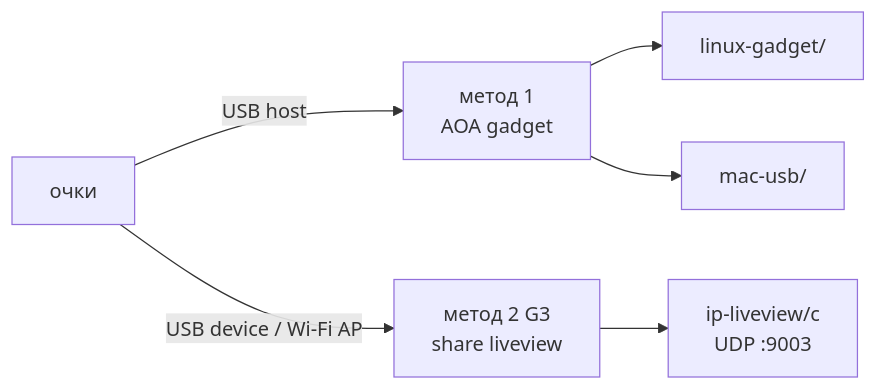
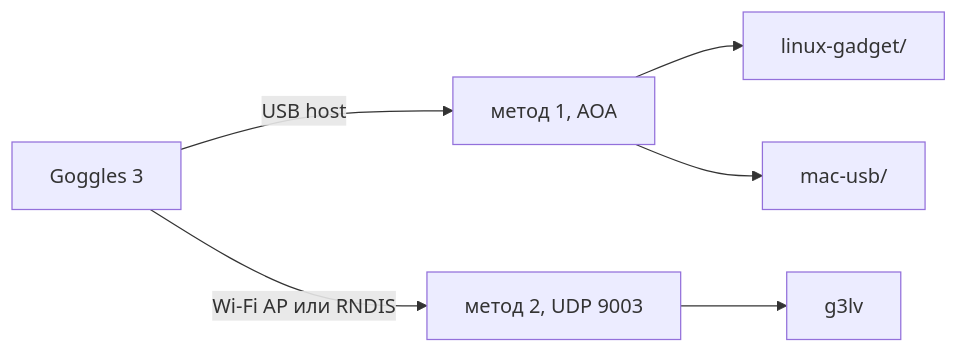
One commit to soldnenz/dji-goggles-lab changed the diagram in README.md. Above: the diagram before and after it, drawn with Mermaid. The commit also changed other lines of this file and 7 other files, not shown here.

````diff
--- a/README.md
+++ b/README.md
@@ -10,9 +11,9 @@
 ```mermaid
 flowchart LR
-  G["очки"]
-  G -->|"USB host"| M1["метод 1<br/>AOA gadget"]
-  G -->|"USB device / Wi-Fi AP"| M2["метод 2 G3<br/>share liveview"]
+  G["Goggles 3"]
+  G -->|"USB host"| M1["метод 1, AOA"]
+  G -->|"Wi-Fi AP или RNDIS"| M2["метод 2, UDP 9003"]
   M1 --> L["linux-gadget/"]
-  M1 --> M["mac-usb/"]
-  M2 --> C["ip-liveview/c<br/>UDP :9003"]
+  M1 --> K["mac-usb/"]
+  M2 --> C["g3lv"]
 ```
````
